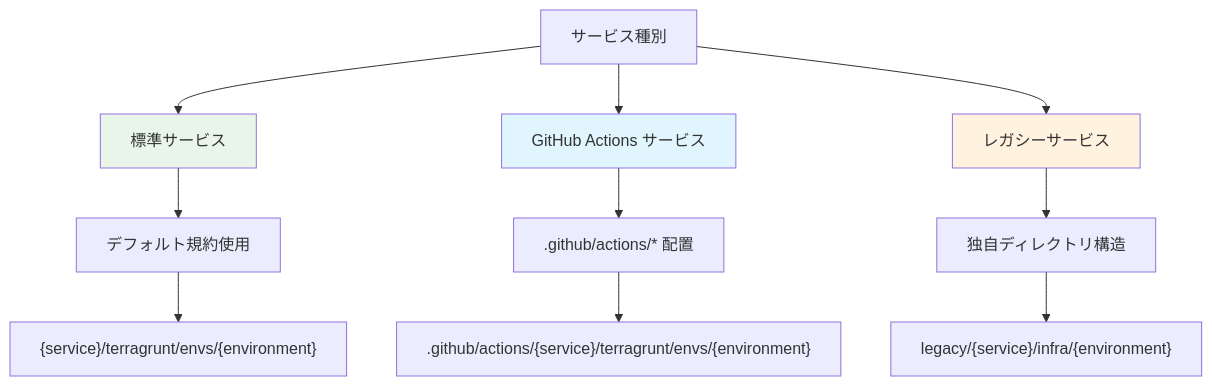
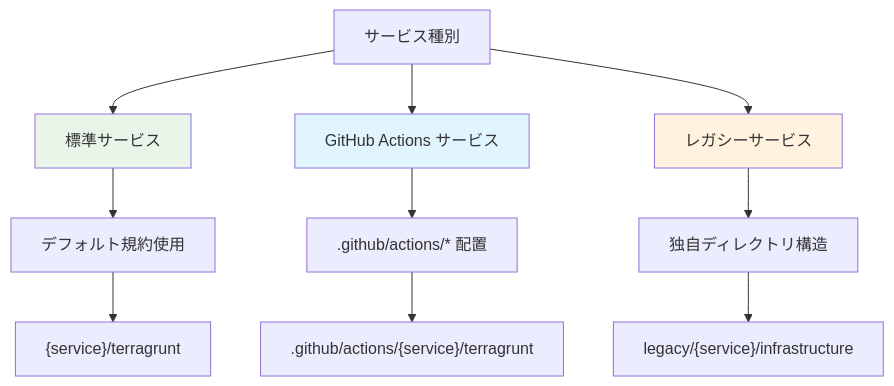
Before and after one commit to panicboat/monorepo: the second of 5 diagrams in .github/scripts/shared/README.md, drawn with Mermaid. The commit also changed other lines of this file and 5 other files, not shown here.

````diff
--- a/.github/scripts/shared/README.md
+++ b/.github/scripts/shared/README.md
@@ -84,18 +106,18 @@
 ```mermaid
 graph TD
     A[サービス種別] --> B[標準サービス]
     A --> C[GitHub Actions サービス]
     A --> D[レガシーサービス]
 
     B --> E[デフォルト規約使用]
     C --> F[.github/actions/* 配置]
     D --> G[独自ディレクトリ構造]
 
-    E --> H["{service}/terragrunt/envs/{environment}"]
-    F --> I[".github/actions/{service}/terragrunt/envs/{environment}"]
-    G --> J["legacy/{service}/infra/{environment}"]
+    E --> H["{service}/terragrunt"]
+    F --> I[".github/actions/{service}/terragrunt"]
+    G --> J["legacy/{service}/infrastructure"]
 
     style B fill:#e8f5e8
     style C fill:#e1f5fe
     style D fill:#fff3e0
 ```
````
